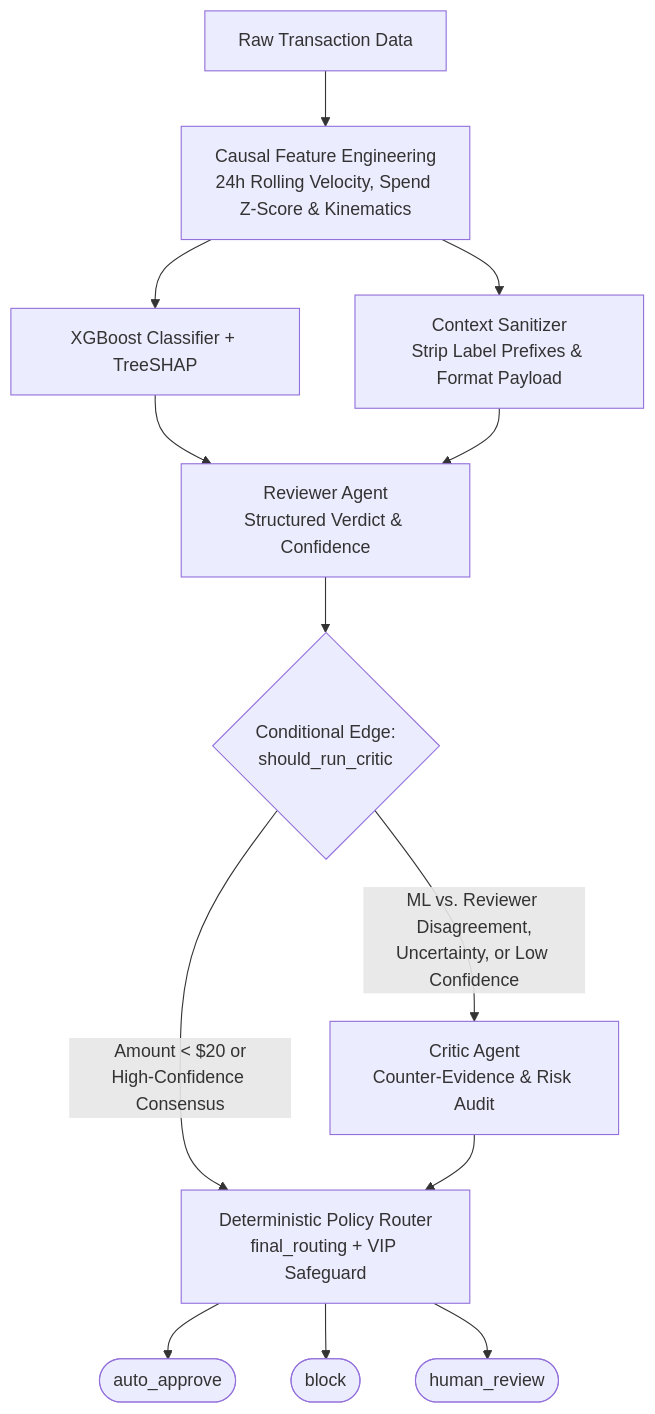
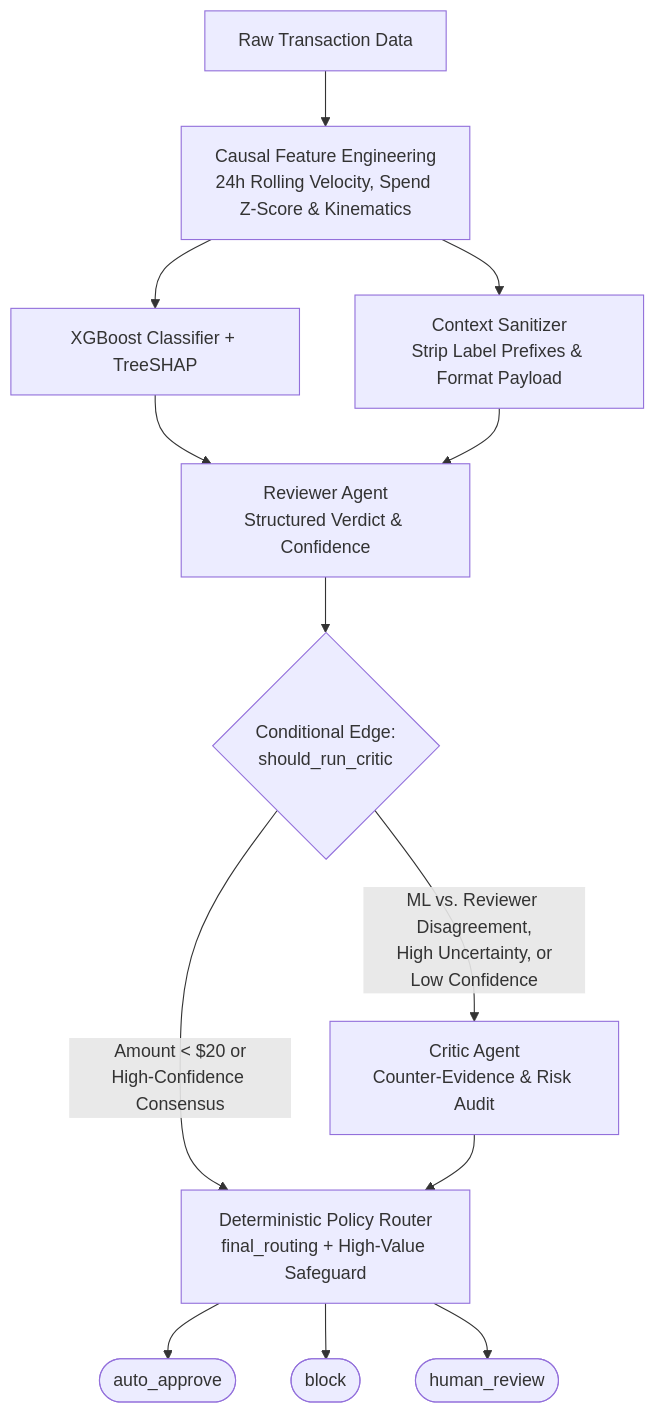
Before and after one commit to MohamadSamaei/agentic-fraud-detection-benchmark: the diagram in README.md, drawn with Mermaid. The commit also changed other lines of this file, not shown here.

Commit message:
minor readme modifications

````diff
--- a/README.md
+++ b/README.md
@@ -47,18 +47,18 @@
 ```mermaid
 flowchart TD
     A["Raw Transaction Data"] --> B["Causal Feature Engineering<br/>24h Rolling Velocity, Spend Z-Score & Kinematics"]
     B --> C["XGBoost Classifier + TreeSHAP"]
     B --> D["Context Sanitizer<br/>Strip Label Prefixes & Format Payload"]
 
     C --> E["Reviewer Agent<br/>Structured Verdict & Confidence"]
     D --> E
 
     E --> F{"Conditional Edge:<br/>should_run_critic"}
-    F -->|"Amount < $20 or<br/>High-Confidence Consensus"| H["Deterministic Policy Router<br/>final_routing + VIP Safeguard"]
-    F -->|"ML vs. Reviewer Disagreement,<br/>Uncertainty, or Low Confidence"| G["Critic Agent<br/>Counter-Evidence & Risk Audit"]
+    F -->|"Amount < $20 or<br/>High-Confidence Consensus"| H["Deterministic Policy Router<br/>final_routing + High-Value Safeguard"]
+    F -->|"ML vs. Reviewer Disagreement,<br/>High Uncertainty, or<br/>Low Confidence"| G["Critic Agent<br/>Counter-Evidence & Risk Audit"]
     G --> H
 
     H --> I(["auto_approve"])
     H --> J(["block"])
     H --> K(["human_review"])
 ```
````
